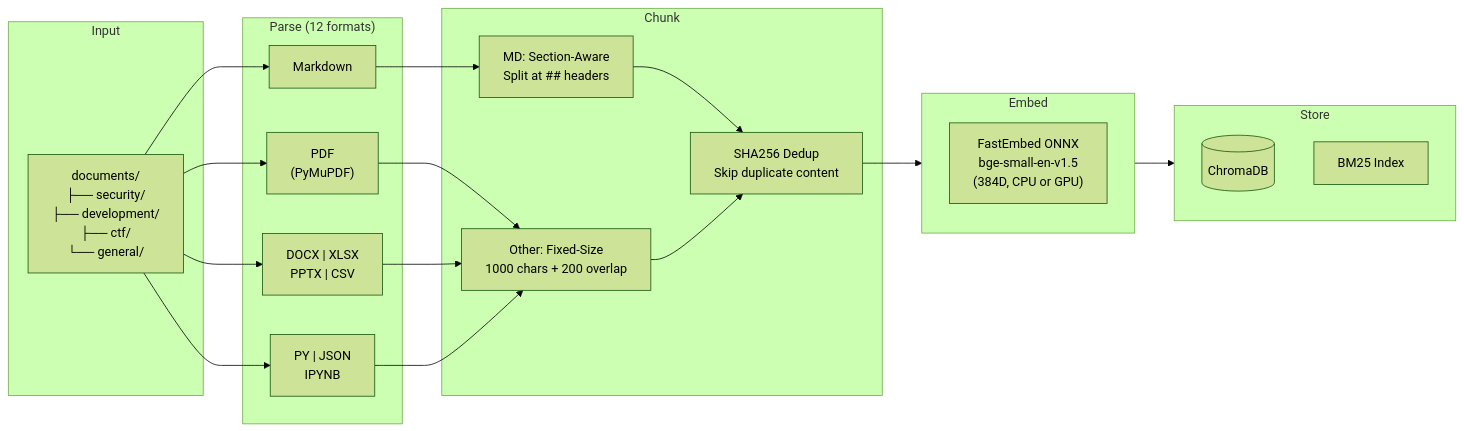
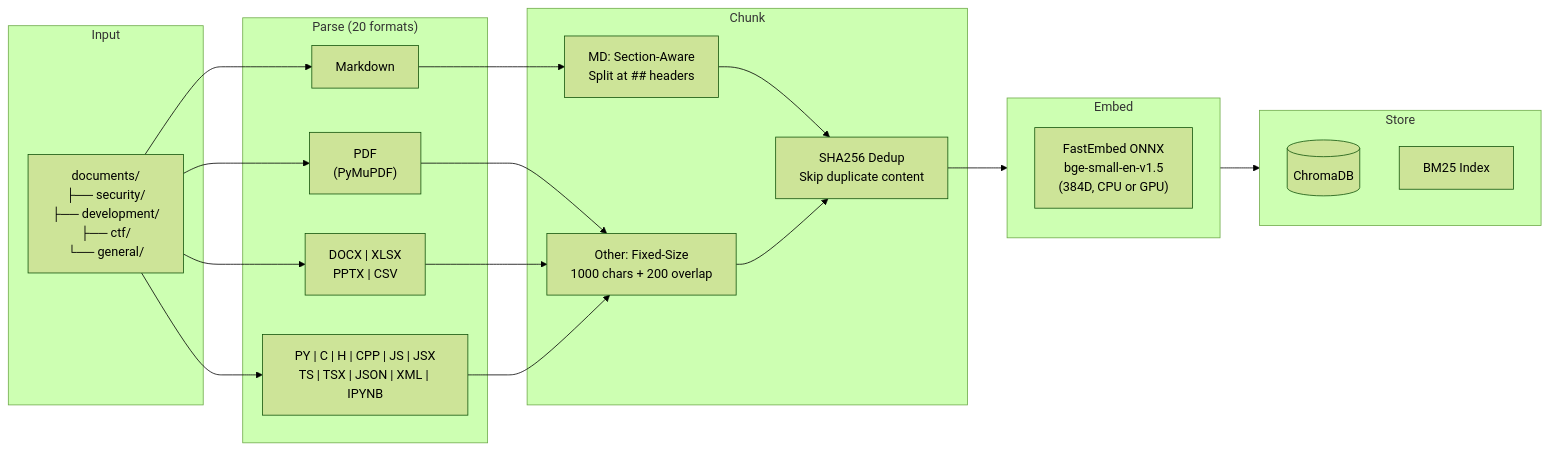
Before and after one commit to imakealol/knowledge-rag: the third of 4 diagrams in README.md, drawn with Mermaid (forest theme). The commit also changed other lines of this file and 9 other files, not shown here.

First line of the commit message:
feat: multi-language code parsing and XML support (v3.6.0)

````diff
--- a/README.md
+++ b/README.md
@@ -227,36 +235,36 @@
 ```mermaid
 flowchart LR
     subgraph INPUT["Input"]
         FILES["documents/<br/>├── security/<br/>├── development/<br/>├── ctf/<br/>└── general/"]
     end
 
-    subgraph PARSE["Parse (12 formats)"]
+    subgraph PARSE["Parse (20 formats)"]
         MD["Markdown"]
         PDF["PDF<br/>(PyMuPDF)"]
         OFFICE["DOCX | XLSX<br/>PPTX | CSV"]
-        CODE["PY | JSON<br/>IPYNB"]
+        CODE["PY | C | H | CPP | JS | JSX<br/>TS | TSX | JSON | XML | IPYNB"]
     end
 
     subgraph CHUNK["Chunk"]
         MDSPLIT["MD: Section-Aware<br/>Split at ## headers"]
         TXTSPLIT["Other: Fixed-Size<br/>1000 chars + 200 overlap"]
         DEDUP["SHA256 Dedup<br/>Skip duplicate content"]
     end
 
     subgraph EMBED["Embed"]
         FASTEMBED["FastEmbed ONNX<br/>bge-small-en-v1.5<br/>(384D, CPU or GPU)"]
     end
 
     subgraph STORE["Store"]
         CHROMADB[("ChromaDB")]
         BM25IDX["BM25 Index"]
     end
 
     FILES --> MD & PDF & OFFICE & CODE
     MD --> MDSPLIT
     PDF & OFFICE & CODE --> TXTSPLIT
     MDSPLIT --> DEDUP
     TXTSPLIT --> DEDUP
     DEDUP --> EMBED
     EMBED --> STORE
 ```
````
